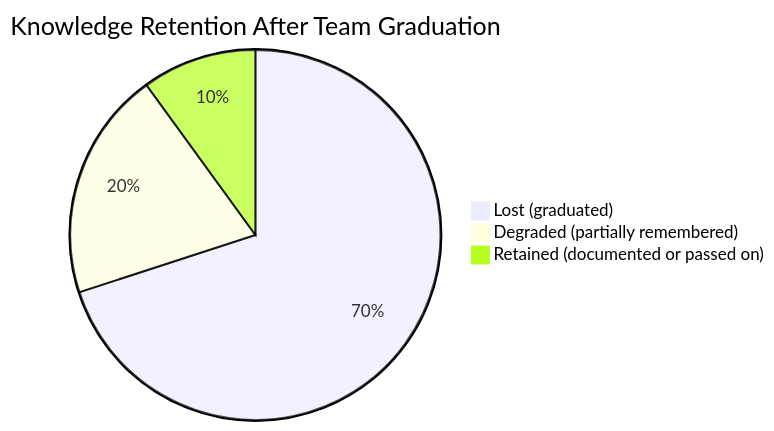
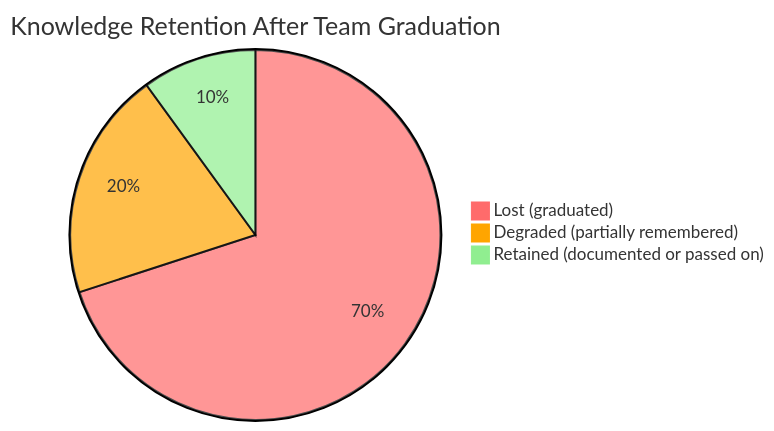
The fifth of 9 diagrams in docs/diagrams/team-boundaries.md (phantom-man/PROVES_LIBRARY), drawn with Mermaid before and after one commit. The commit also changed other lines of this file and 10 other files, not shown here.

Commit message:
chore: remove leftover mermaid customizations

````diff
--- a/docs/diagrams/team-boundaries.md
+++ b/docs/diagrams/team-boundaries.md
@@ -266,6 +269,7 @@
 ```mermaid
+%%{init: {'theme':'base', 'themeVariables': { 'pie1':'#ff6b6b', 'pie2':'#ffa500', 'pie3':'#90ee90'}}}%%
 pie title Knowledge Retention After Team Graduation
     "Lost (graduated)" : 70
     "Degraded (partially remembered)" : 20
     "Retained (documented or passed on)" : 10
 ```
````
